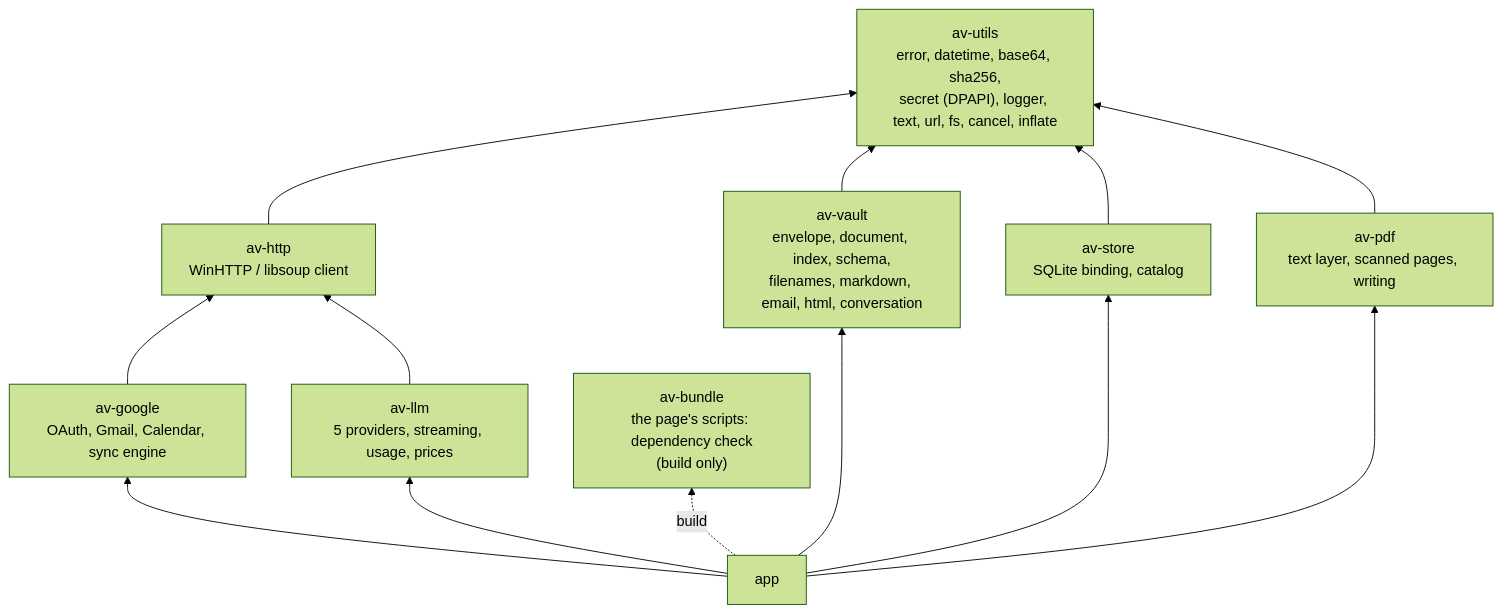
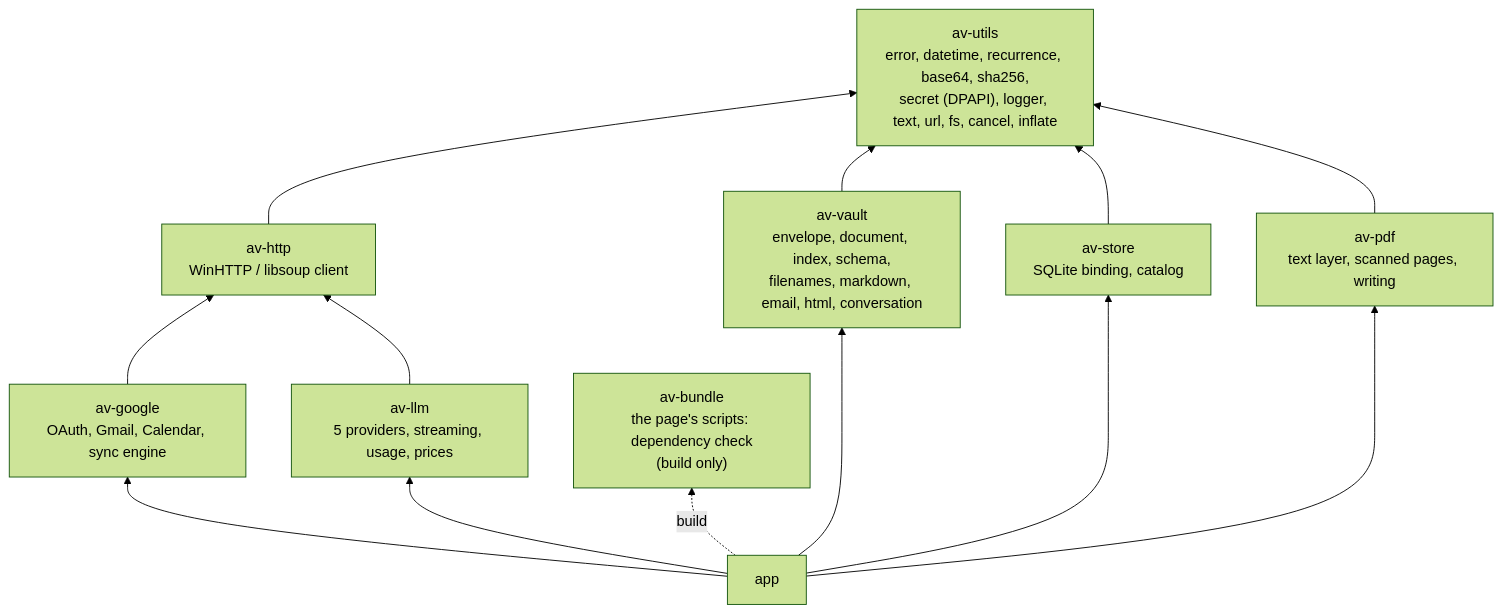
The second of 3 diagrams in docs/architecture.md (steschu77/avelor), drawn with Mermaid (forest theme) before and after one commit. The commit also changed other lines of this file and 33 other files, not shown here.

````diff
--- a/docs/architecture.md
+++ b/docs/architecture.md
@@ -305,24 +305,24 @@
 ```mermaid
 flowchart BT
-    utils["av-utils<br/>error, datetime, base64, sha256,<br/>secret (DPAPI), logger, text, url, fs, cancel, inflate"]
+    utils["av-utils<br/>error, datetime, recurrence, base64, sha256,<br/>secret (DPAPI), logger, text, url, fs, cancel, inflate"]
     http["av-http<br/>WinHTTP / libsoup client"]
     vault["av-vault<br/>envelope, document, index, schema,<br/>filenames, markdown, email, html, conversation"]
     store["av-store<br/>SQLite binding, catalog"]
     google["av-google<br/>OAuth, Gmail, Calendar, sync engine"]
     llm["av-llm<br/>5 providers, streaming, usage, prices"]
     pdf["av-pdf<br/>text layer, scanned pages, writing"]
     bundle["av-bundle<br/>the page's scripts: dependency check<br/>(build only)"]
     app["app"]
     http --> utils
     vault --> utils
     store --> utils
     pdf --> utils
     google --> http
     llm --> http
     app --> vault
     app --> store
     app --> google
     app --> llm
     app --> pdf
     app -. build .-> bundle
 ```
````
